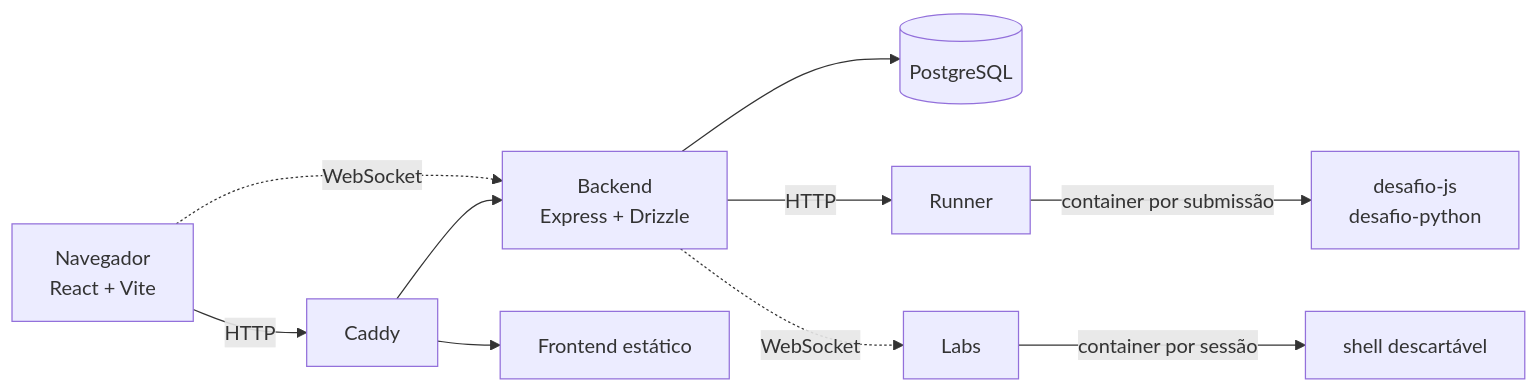
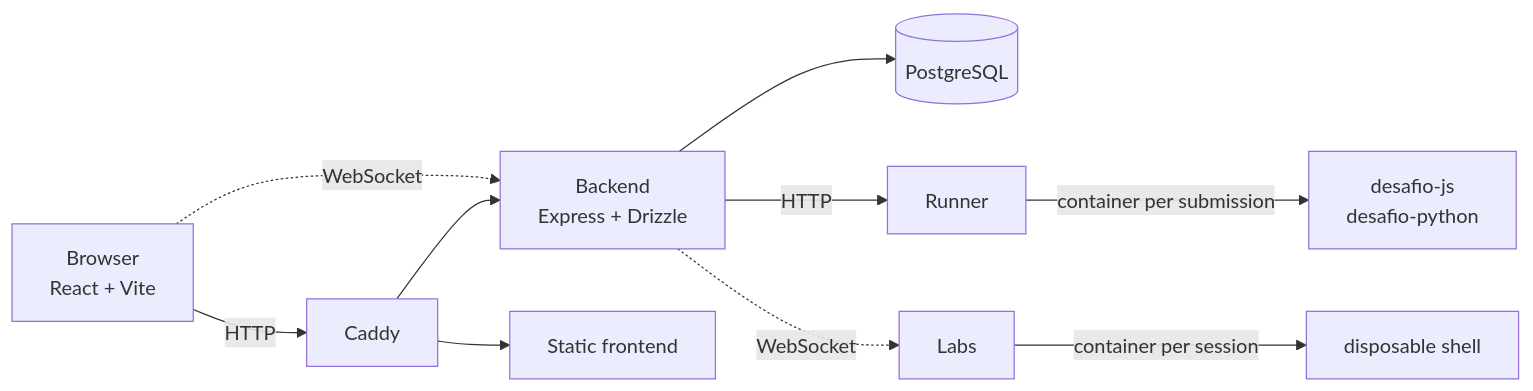
The first of 4 diagrams in README.md (jpavrdev/plataforma-estudos), drawn with Mermaid before and after one commit. The commit also changed other lines of this file and 1 other file, not shown here.

````diff
--- a/README.md
+++ b/README.md
@@ -54,12 +60,12 @@
 ```mermaid
 flowchart LR
-    N[Navegador<br/>React + Vite] -->|HTTP| C[Caddy]
+    N[Browser<br/>React + Vite] -->|HTTP| C[Caddy]
     C --> B[Backend<br/>Express + Drizzle]
-    C --> F[Frontend estático]
+    C --> F[Static frontend]
     N -.->|WebSocket| B
     B --> D[(PostgreSQL)]
     B -->|HTTP| R[Runner]
     B -.->|WebSocket| L[Labs]
-    R -->|container por submissão| RC[desafio-js<br/>desafio-python]
-    L -->|container por sessão| LC[shell descartável]
+    R -->|container per submission| RC[desafio-js<br/>desafio-python]
+    L -->|container per session| LC[disposable shell]
 ```
````
